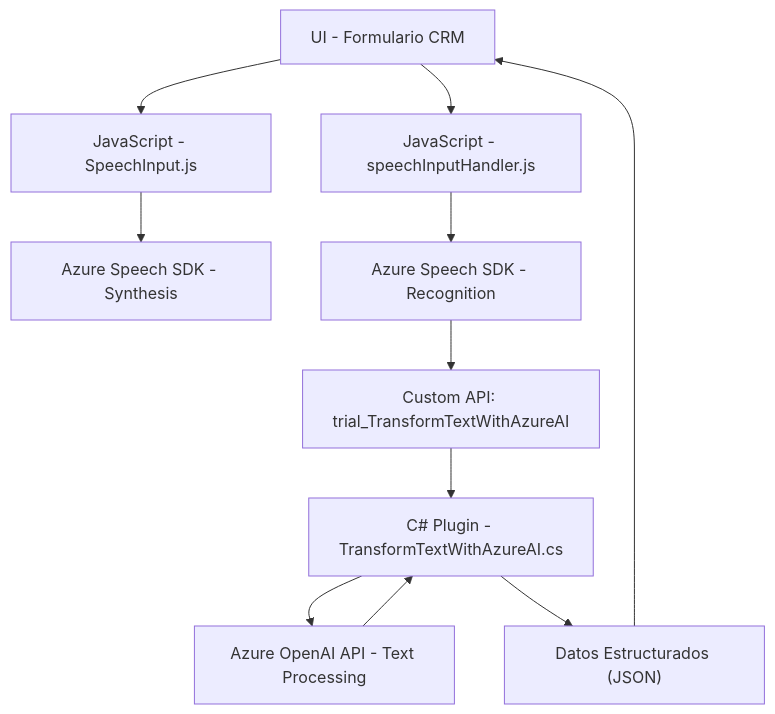
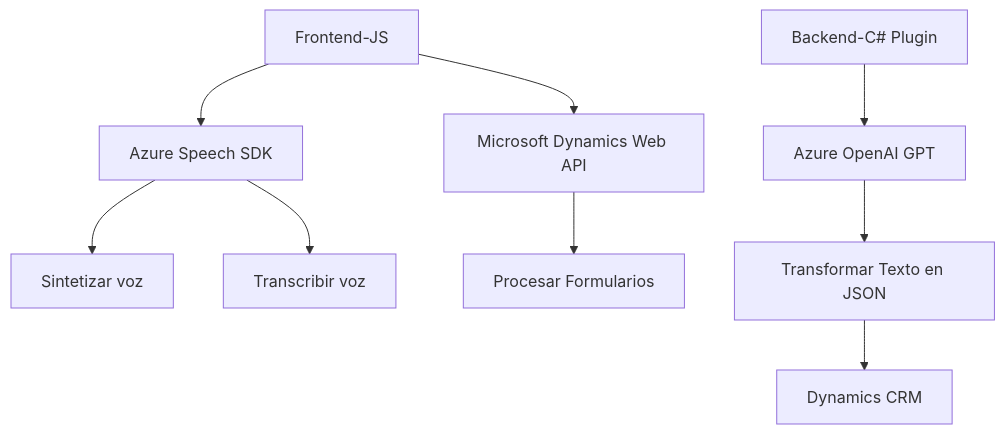
The diagram in README.md (blopezdm/NETCORE_BILBAO2025), drawn with Mermaid before and after one commit. The commit also changed other lines of this file, not shown here.

````diff
--- a/README.md
+++ b/README.md
@@ -61,13 +43,11 @@
 ```mermaid
 graph TD
-    A["UI - Formulario CRM"] --> B["JavaScript - SpeechInput.js"]
-    A --> C["JavaScript - speechInputHandler.js"]
-    B --> D["Azure Speech SDK - Synthesis"]
-    C --> E["Azure Speech SDK - Recognition"]
-    E --> F["Custom API: trial_TransformTextWithAzureAI"]
-    F --> G["C# Plugin - TransformTextWithAzureAI.cs"]
-    G --> H["Azure OpenAI API - Text Processing"]
-    H --> G
-    G --> I["Datos Estructurados (JSON)"]
-    I --> A
+    A["Frontend-JS"] --> B["Azure Speech SDK"]
+    B["Azure Speech SDK"] --> C["Sintetizar voz"]
+    B["Azure Speech SDK"] --> D["Transcribir voz"]
+    A["Frontend-JS"] --> E["Microsoft Dynamics Web API"]
+    E["Microsoft Dynamics Web API"] --> F["Procesar Formularios"]
+    G["Backend-C# Plugin"] --> H["Azure OpenAI GPT"]
+    H["Azure OpenAI GPT"] --> I["Transformar Texto en JSON"]
+    I["Transformar Texto en JSON"] --> J["Dynamics CRM"]
 ```
````
